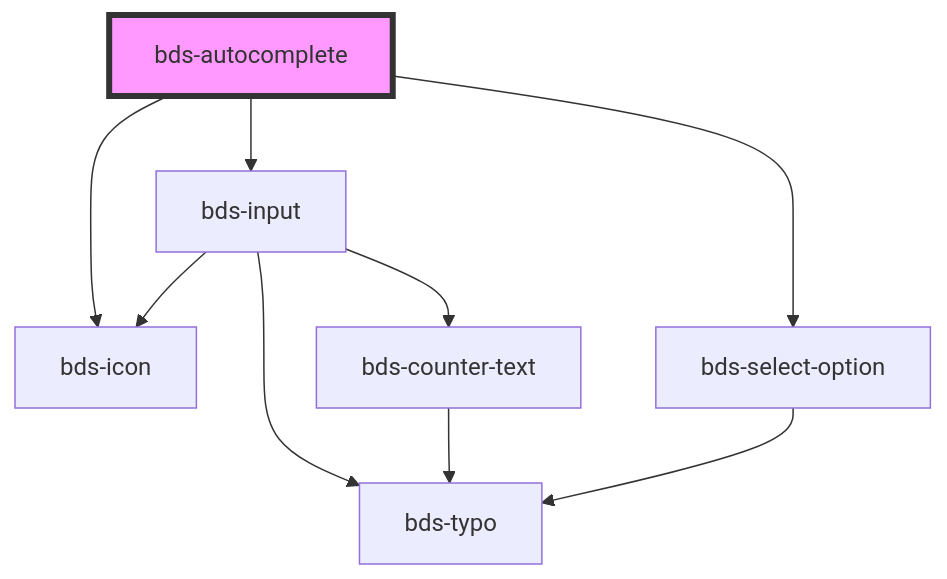
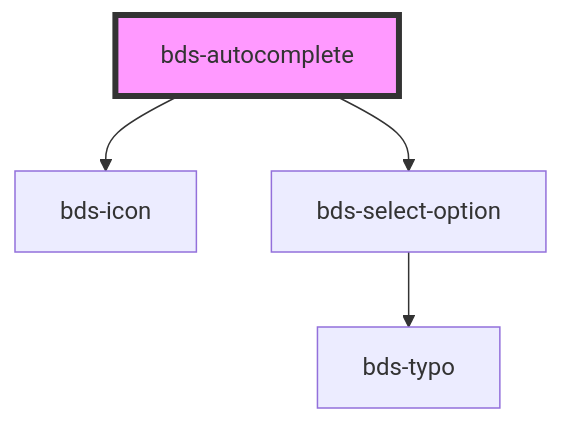
One commit to takenet/blip-ds changed the diagram in src/components/autocomplete/readme.md. Above: the diagram before and after it, drawn with Mermaid. The commit also changed other lines of this file and 4 other files, not shown here.

Commit message:
feat(autocomplete): uncapsulate input form autocomplete

````diff
--- a/src/components/autocomplete/readme.md
+++ b/src/components/autocomplete/readme.md
@@ -47,12 +55,7 @@
 ```mermaid
 graph TD;
-  bds-autocomplete --> bds-input
   bds-autocomplete --> bds-icon
   bds-autocomplete --> bds-select-option
-  bds-input --> bds-icon
-  bds-input --> bds-typo
-  bds-input --> bds-counter-text
-  bds-counter-text --> bds-typo
   bds-select-option --> bds-typo
   style bds-autocomplete fill:#f9f,stroke:#333,stroke-width:4px
 ```
````
